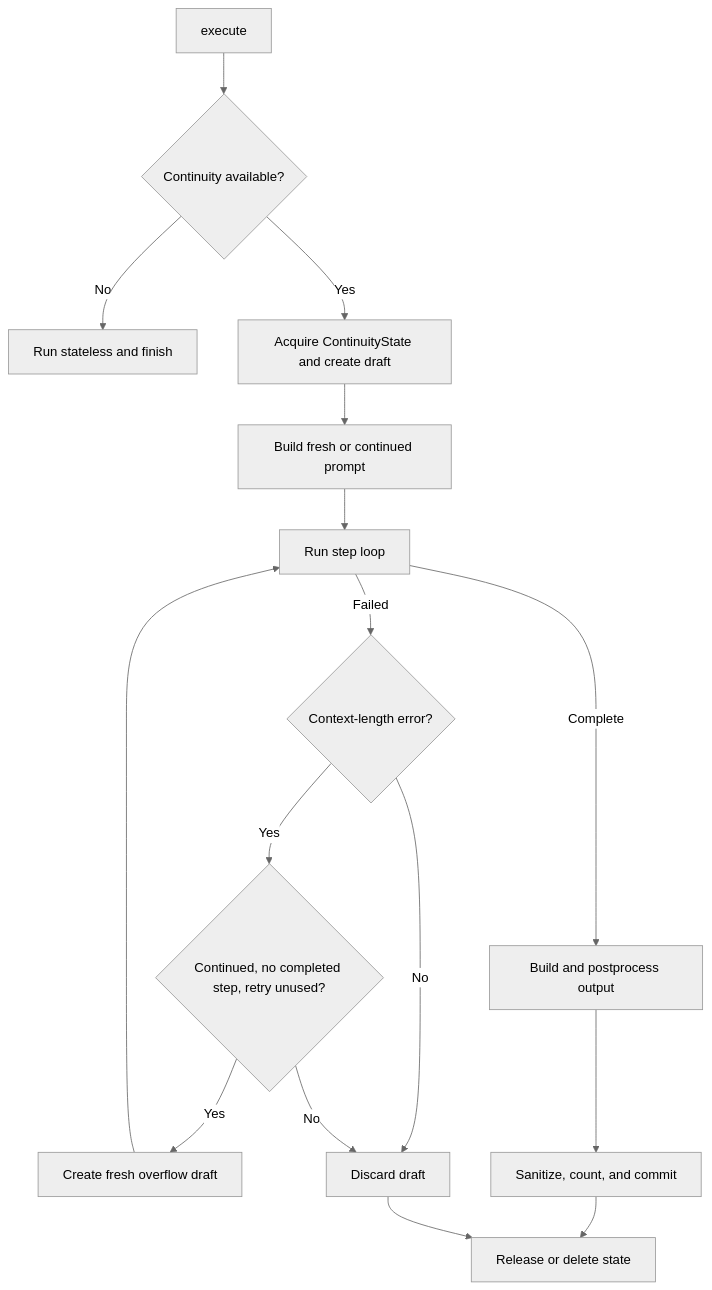
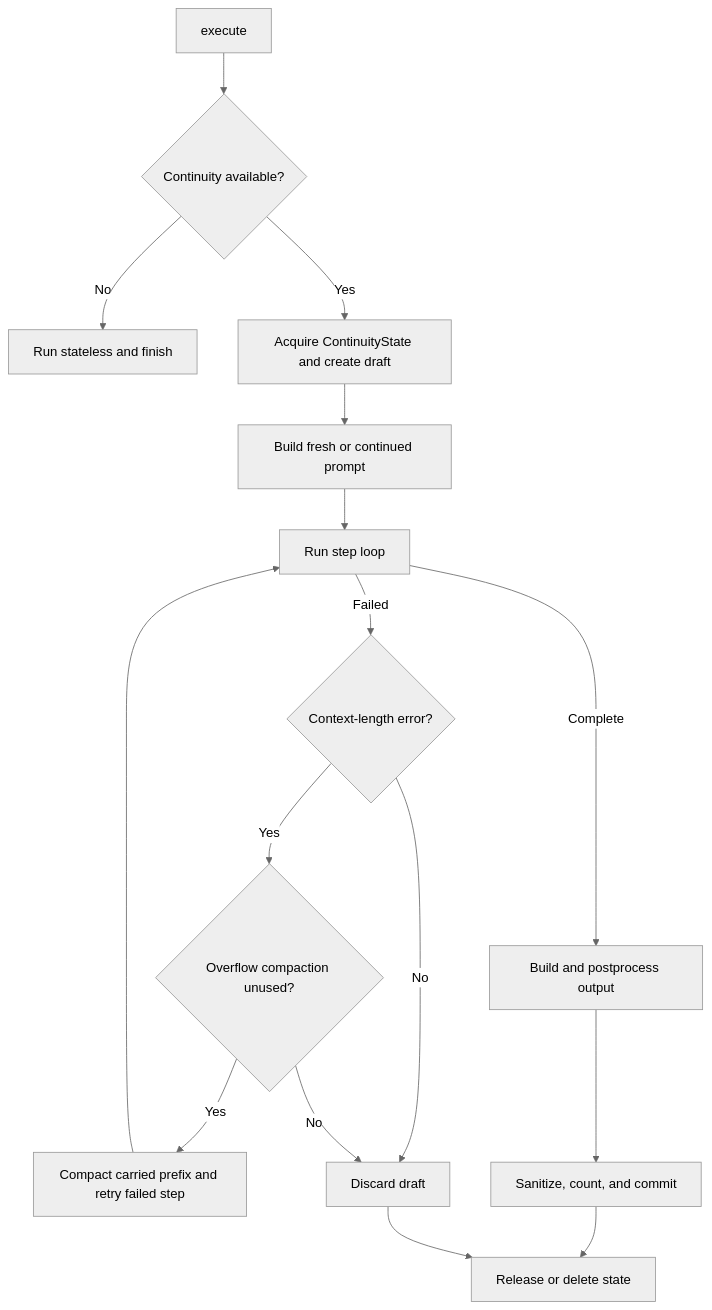
The second of 3 diagrams in docs/plans/context-continuity.md (vox-deorum/vox-deorum), drawn with Mermaid (neutral theme) before and after one commit. The commit also changed other lines of this file, not shown here.

````diff
--- a/docs/plans/context-continuity.md
+++ b/docs/plans/context-continuity.md
@@ -208,27 +224,27 @@
 ```mermaid
 flowchart TD
     Start[execute]
     Mode{Continuity available?}
     Stateless[Run stateless and finish]
     Draft[Acquire ContinuityState and create draft]
     Build[Build fresh or continued prompt]
     Loop[Run step loop]
     Error{Context-length error?}
-    Retry{Continued, no completed step, retry unused?}
-    Fresh[Create fresh overflow draft]
+    Retry{Overflow compaction unused?}
+    Fresh[Compact carried prefix and retry failed step]
     Output[Build and postprocess output]
     Commit[Sanitize, count, and commit]
     Discard[Discard draft]
     Release[Release or delete state]
 
     Start --> Mode
     Mode -- No --> Stateless
     Mode -- Yes --> Draft --> Build --> Loop
     Loop -- Complete --> Output --> Commit --> Release
     Loop -- Failed --> Error
     Error -- No --> Discard
     Error -- Yes --> Retry
     Retry -- Yes --> Fresh --> Loop
     Retry -- No --> Discard
     Discard --> Release
 ```
````
